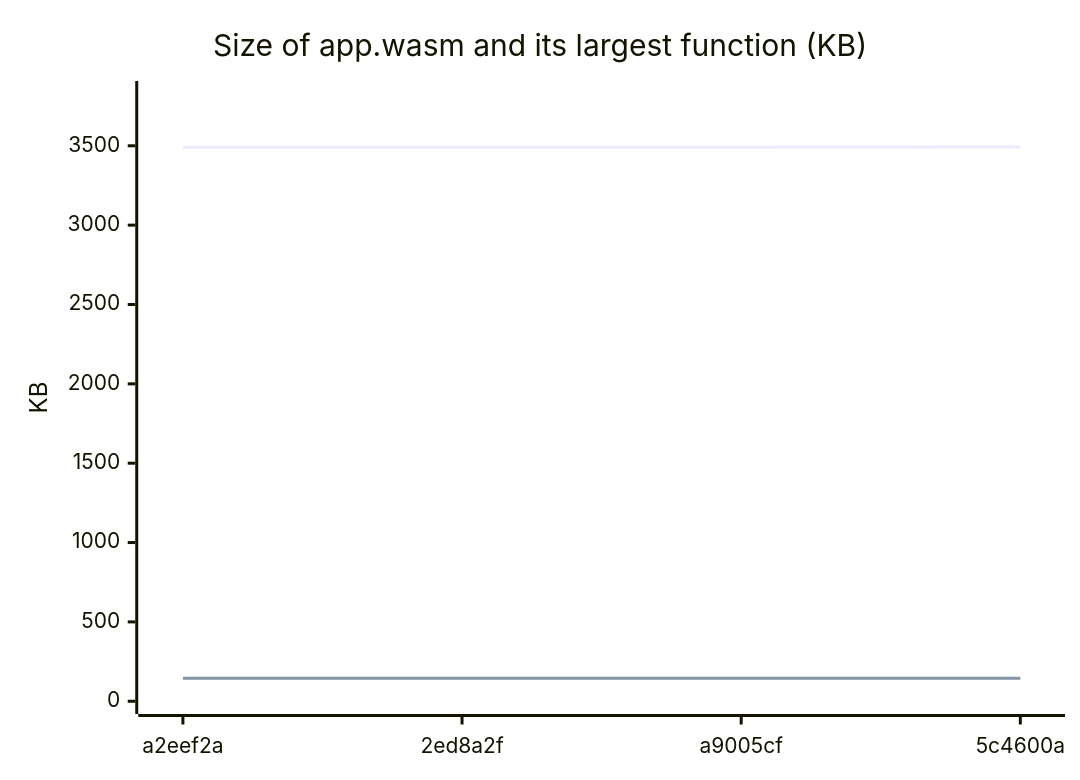
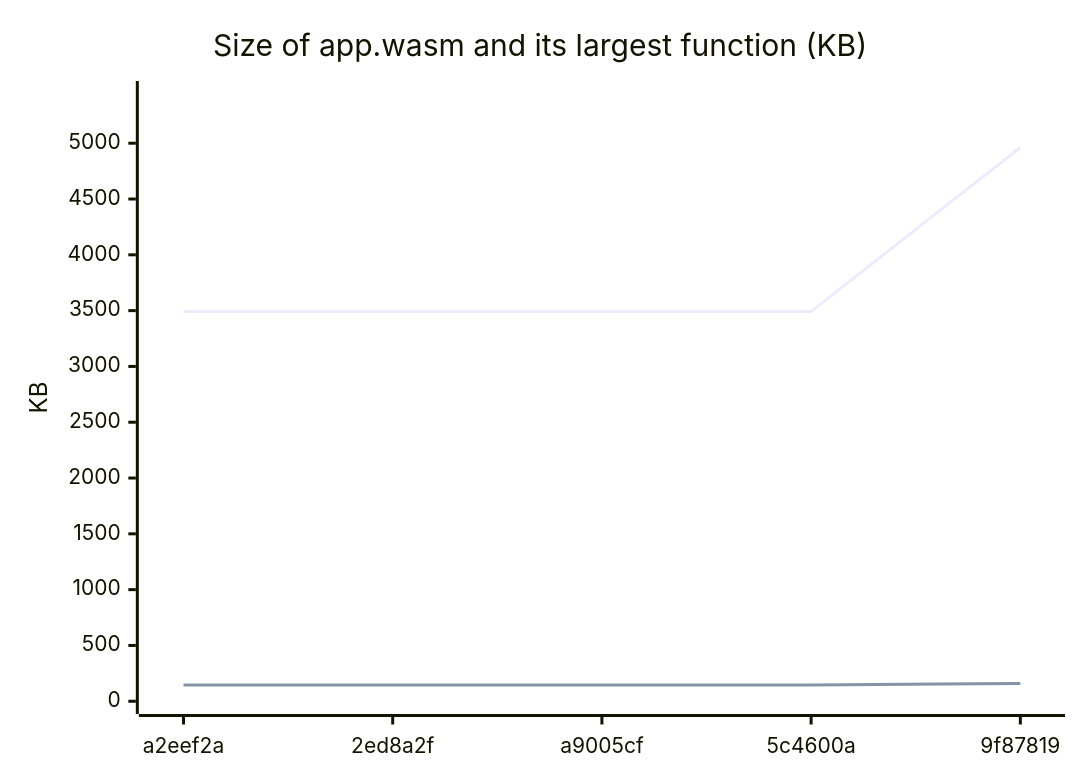
Before and after one commit to Karakatiza666/roc-cloudflare-workers: the sixth of 7 diagrams in CHART.md, drawn with Mermaid. The commit also changed other lines of this file and 2 other files, not shown here.

````diff
--- a/CHART.md
+++ b/CHART.md
@@ -86,8 +86,8 @@
 ```mermaid
 xychart-beta
     title "Size of app.wasm and its largest function (KB)"
-    x-axis ["a2eef2a", "2ed8a2f", "a9005cf", "5c4600a"]
-    y-axis "KB" 0 --> 3827.9
-    line [3491.5, 3491.5, 3491.5, 3493.1]
-    line [144.61, 144.61, 144.61, 144.61]
+    x-axis ["a2eef2a", "2ed8a2f", "a9005cf", "5c4600a", "9f87819"]
+    y-axis "KB" 0 --> 5443.2
+    line [3491.5, 3491.5, 3491.5, 3493.1, 4961.5]
+    line [144.61, 144.61, 144.61, 144.61, 159.72]
 ```
````
